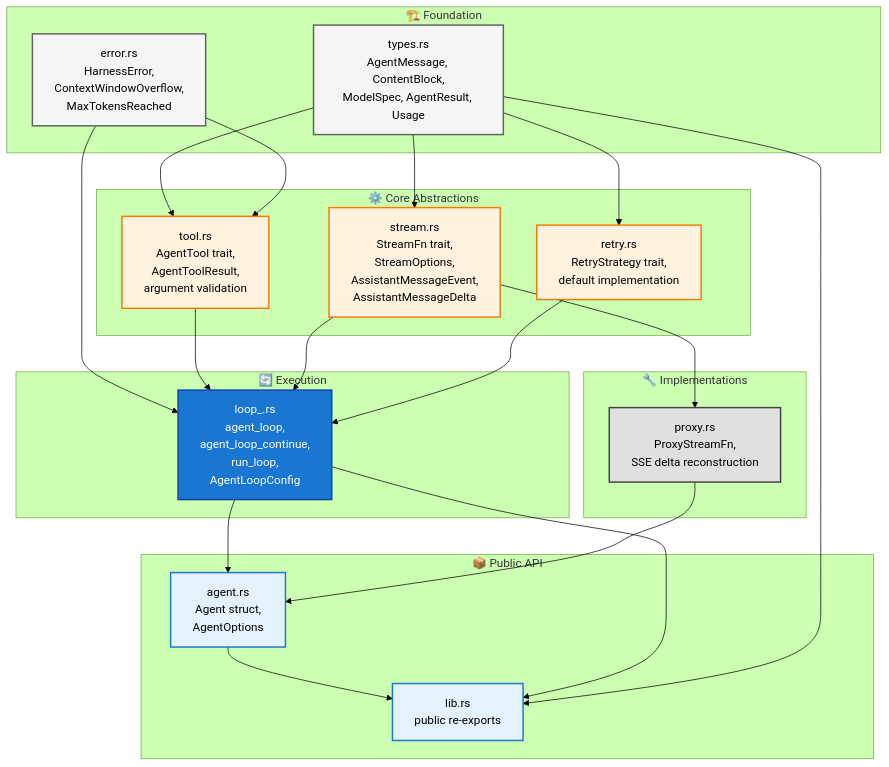
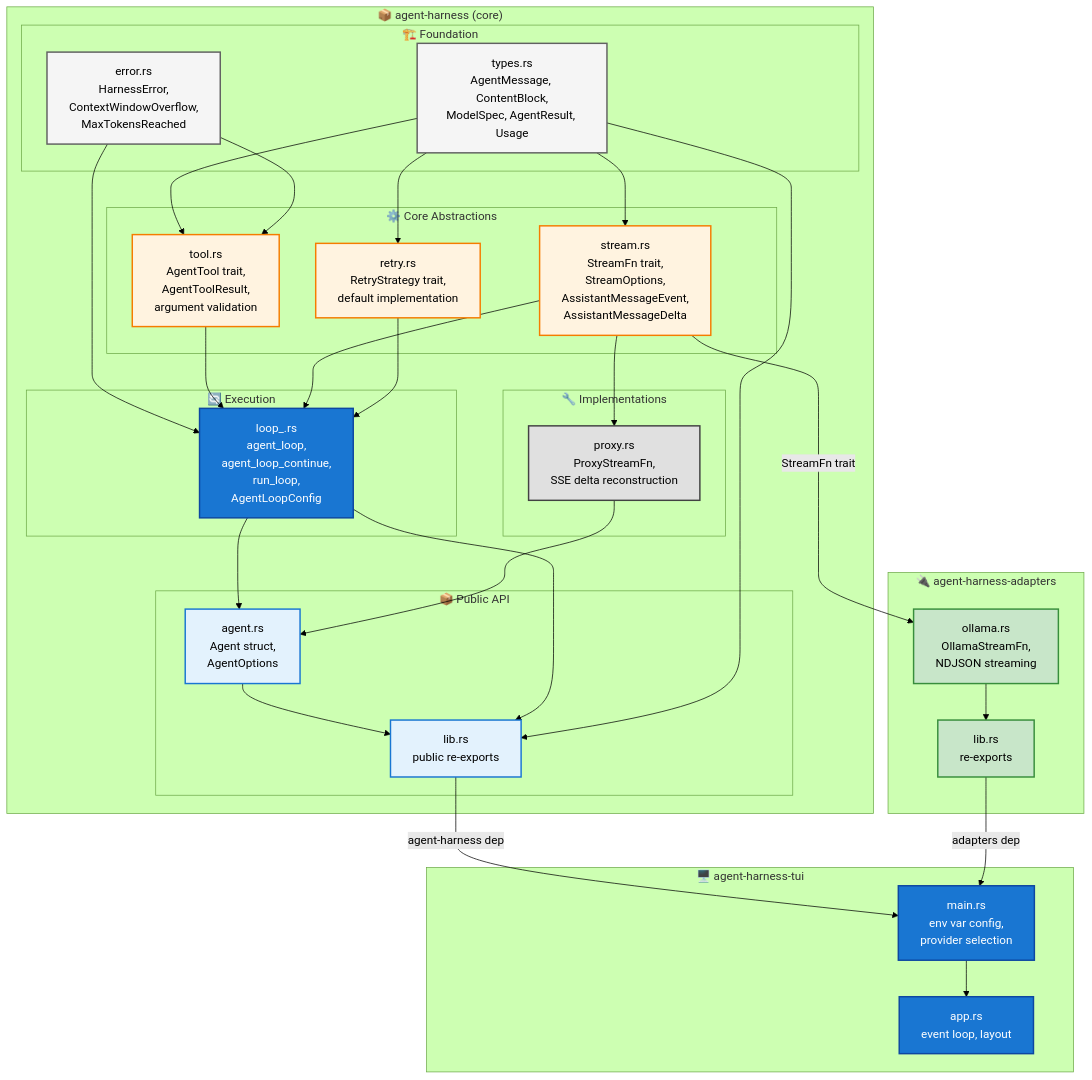
One commit to SuperSwinkAI/Swink-Agent changed the fourth of 5 diagrams in docs/architecture/HLD.md. Above: the diagram before and after it, drawn with Mermaid (forest theme). The commit also changed other lines of this file and 26 other files, not shown here.

First line of the commit message:
Implement TUI phases T2–T4, Ollama adapter, and resolve QA findings

````diff
--- a/docs/architecture/HLD.md
+++ b/docs/architecture/HLD.md
@@ -233,53 +244,76 @@
 ```mermaid
 flowchart TB
-    subgraph FoundationLayer["🏗️ Foundation"]
-        types["types.rs<br/>AgentMessage, ContentBlock,<br/>ModelSpec, AgentResult, Usage"]
-        error["error.rs<br/>HarnessError,<br/>ContextWindowOverflow,<br/>MaxTokensReached"]
+    subgraph CoreCrate["📦 agent-harness (core)"]
+        subgraph FoundationLayer["🏗️ Foundation"]
+            types["types.rs<br/>AgentMessage, ContentBlock,<br/>ModelSpec, AgentResult, Usage"]
+            error["error.rs<br/>HarnessError,<br/>ContextWindowOverflow,<br/>MaxTokensReached"]
+        end
+
+        subgraph CoreLayer["⚙️ Core Abstractions"]
+            tool["tool.rs<br/>AgentTool trait,<br/>AgentToolResult,<br/>argument validation"]
+            stream["stream.rs<br/>StreamFn trait,<br/>StreamOptions,<br/>AssistantMessageEvent,<br/>AssistantMessageDelta"]
+            retry["retry.rs<br/>RetryStrategy trait,<br/>default implementation"]
+        end
+
+        subgraph ImplLayer["🔧 Implementations"]
+            proxy["proxy.rs<br/>ProxyStreamFn,<br/>SSE delta reconstruction"]
+        end
+
+        subgraph ExecutionLayer["🔄 Execution"]
+            loop_["loop_.rs<br/>agent_loop,<br/>agent_loop_continue,<br/>run_loop,<br/>AgentLoopConfig"]
+        end
+
+        subgraph APILayer["📦 Public API"]
+            agent["agent.rs<br/>Agent struct,<br/>AgentOptions"]
+            lib["lib.rs<br/>public re-exports"]
+        end
     end
 
-    subgraph CoreLayer["⚙️ Core Abstractions"]
-        tool["tool.rs<br/>AgentTool trait,<br/>AgentToolResult,<br/>argument validation"]
-        stream["stream.rs<br/>StreamFn trait,<br/>StreamOptions,<br/>AssistantMessageEvent,<br/>AssistantMessageDelta"]
-        retry["retry.rs<br/>RetryStrategy trait,<br/>default implementation"]
+    subgraph AdaptersCrate["🔌 agent-harness-adapters"]
+        adapters_lib["lib.rs<br/>re-exports"]
+        ollama["ollama.rs<br/>OllamaStreamFn,<br/>NDJSON streaming"]
     end
 
-    subgraph ImplLayer["🔧 Implementations"]
-        proxy["proxy.rs<br/>ProxyStreamFn,<br/>SSE delta reconstruction"]
-    end
-
-    subgraph ExecutionLayer["🔄 Execution"]
-        loop_["loop_.rs<br/>agent_loop,<br/>agent_loop_continue,<br/>run_loop,<br/>AgentLoopConfig"]
-    end
-
-    subgraph APILayer["📦 Public API"]
-        agent["agent.rs<br/>Agent struct,<br/>AgentOptions"]
-        lib["lib.rs<br/>public re-exports"]
+    subgraph TUICrate["🖥️ agent-harness-tui"]
+        tui_main["main.rs<br/>env var config,<br/>provider selection"]
+        tui_app["app.rs<br/>event loop, layout"]
     end
 
     types --> tool
     types --> stream
     types --> retry
     error --> tool
     error --> loop_
     tool --> loop_
     stream --> loop_
     stream --> proxy
     retry --> loop_
     loop_ --> agent
     proxy --> agent
     agent --> lib
     loop_ --> lib
     types --> lib
 
+    stream -->|"StreamFn trait"| ollama
+    ollama --> adapters_lib
+
+    lib -->|"agent-harness dep"| tui_main
+    adapters_lib -->|"adapters dep"| tui_main
+    tui_main --> tui_app
+
     classDef foundationStyle fill:#f5f5f5,stroke:#616161,stroke-width:2px,color:#000
     classDef coreStyle fill:#fff3e0,stroke:#f57c00,stroke-width:2px,color:#000
     classDef implStyle fill:#e0e0e0,stroke:#424242,stroke-width:2px,color:#000
     classDef execStyle fill:#1976d2,stroke:#0d47a1,stroke-width:2px,color:#fff
     classDef apiStyle fill:#e3f2fd,stroke:#1976d2,stroke-width:2px,color:#000
+    classDef adapterStyle fill:#c8e6c9,stroke:#388e3c,stroke-width:2px,color:#000
+    classDef tuiStyle fill:#1976d2,stroke:#0d47a1,stroke-width:2px,color:#fff
 
     class types,error foundationStyle
     class tool,stream,retry coreStyle
     class proxy implStyle
     class loop_ execStyle
     class agent,lib apiStyle
+    class adapters_lib,ollama adapterStyle
+    class tui_main,tui_app tuiStyle
 ```
````
